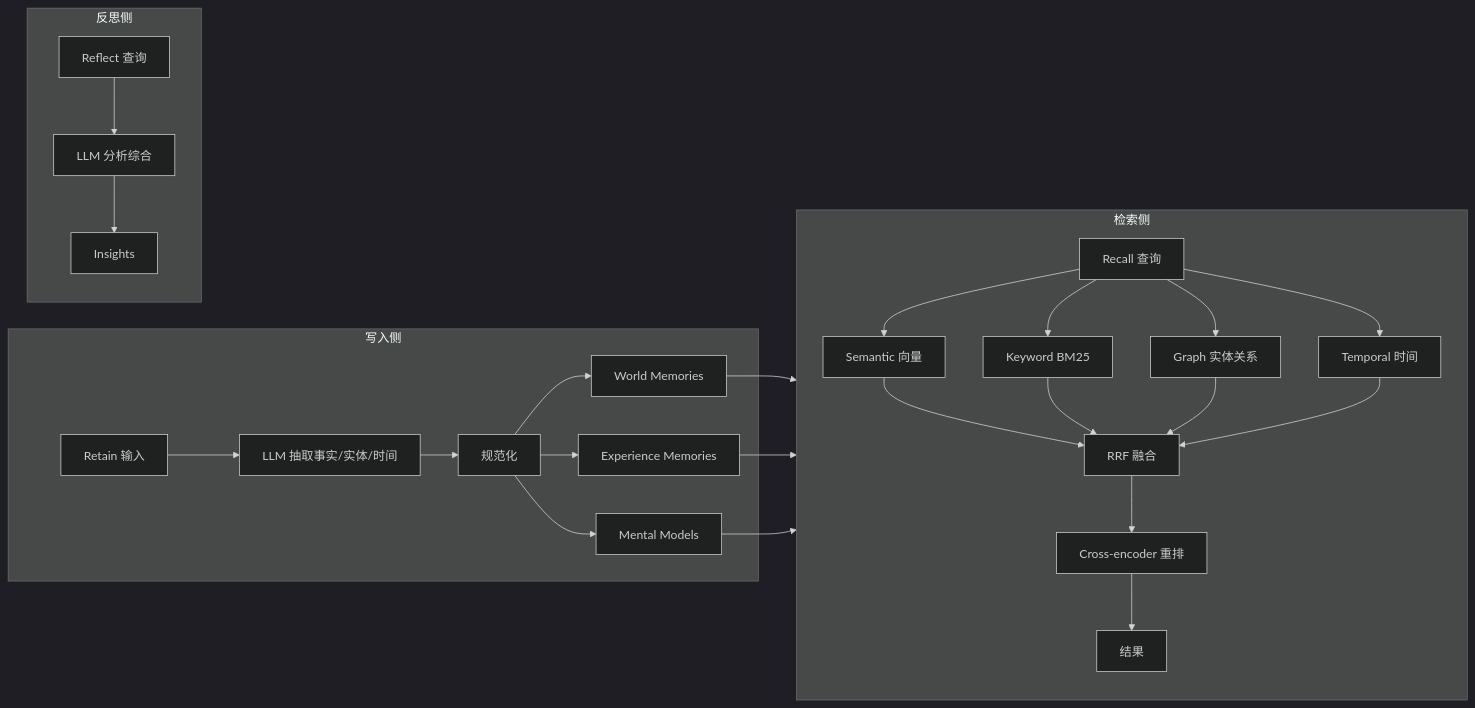
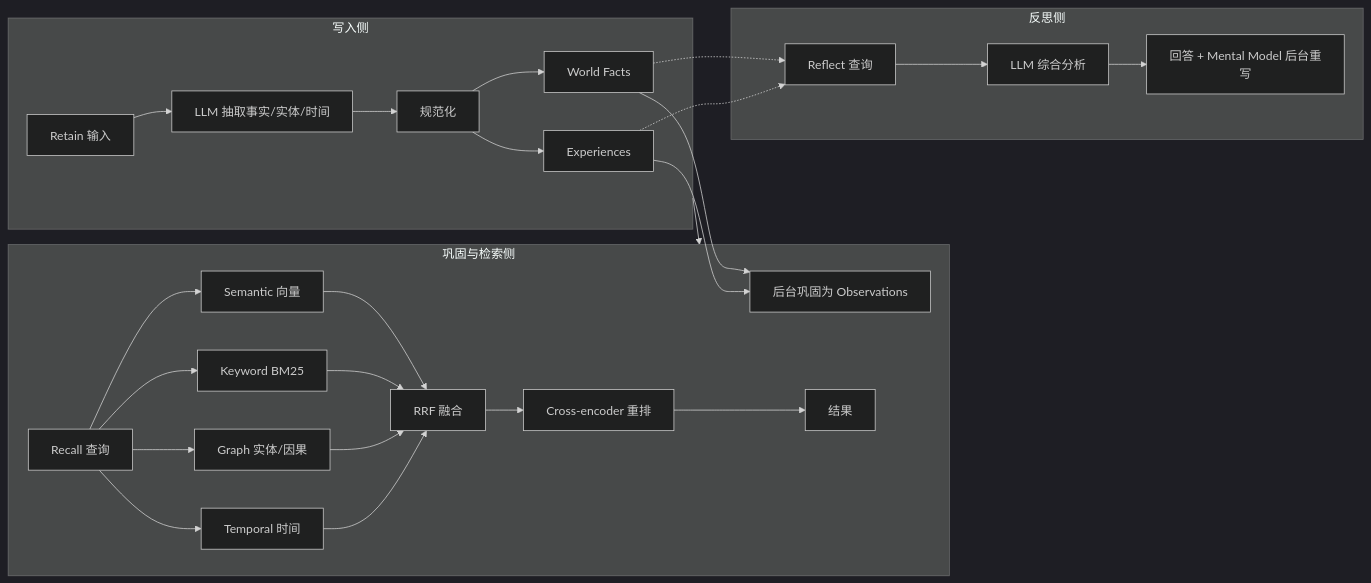
The diagram in content/posts/tech/hindsight-agent-memory-system-guide.md (A1pha3/text-matrix), drawn with Mermaid (dark theme) before and after one commit. The commit also changed other lines of this file and 331 other files, not shown here.

````diff
--- a/content/posts/tech/hindsight-agent-memory-system-guide.md
+++ b/content/posts/tech/hindsight-agent-memory-system-guide.md
@@ -53,27 +49,28 @@
 ```mermaid
 flowchart LR
-    subgraph 写入侧
+    subgraph WRITE[写入侧]
         A[Retain 输入] --> B[LLM 抽取事实/实体/时间]
         B --> C[规范化]
-        C --> D1[World Memories]
-        C --> D2[Experience Memories]
-        C --> D3[Mental Models]
+        C --> D1[World Facts]
+        C --> D2[Experiences]
     end
-    subgraph 检索侧
+    subgraph MERGE[巩固与检索侧]
+        D1 & D2 --> O[后台巩固为 Observations]
         E[Recall 查询] --> F1[Semantic 向量]
         E --> F2[Keyword BM25]
-        E --> F3[Graph 实体关系]
+        E --> F3[Graph 实体/因果]
         E --> F4[Temporal 时间]
         F1 --> G[RRF 融合]
         F2 --> G
         F3 --> G
         F4 --> G
         G --> H[Cross-encoder 重排]
         H --> I[结果]
     end
-    subgraph 反思侧
-        J[Reflect 查询] --> K[LLM 分析综合]
-        K --> L[Insights]
+    subgraph THINK[反思侧]
+        J[Reflect 查询] --> K[LLM 综合分析]
+        K --> L[回答 + Mental Model 后台重写]
     end
-    D1 & D2 & D3 --> 检索侧
+    WRITE --> MERGE
+    D1 & D2 -.-> J
 ```
````
